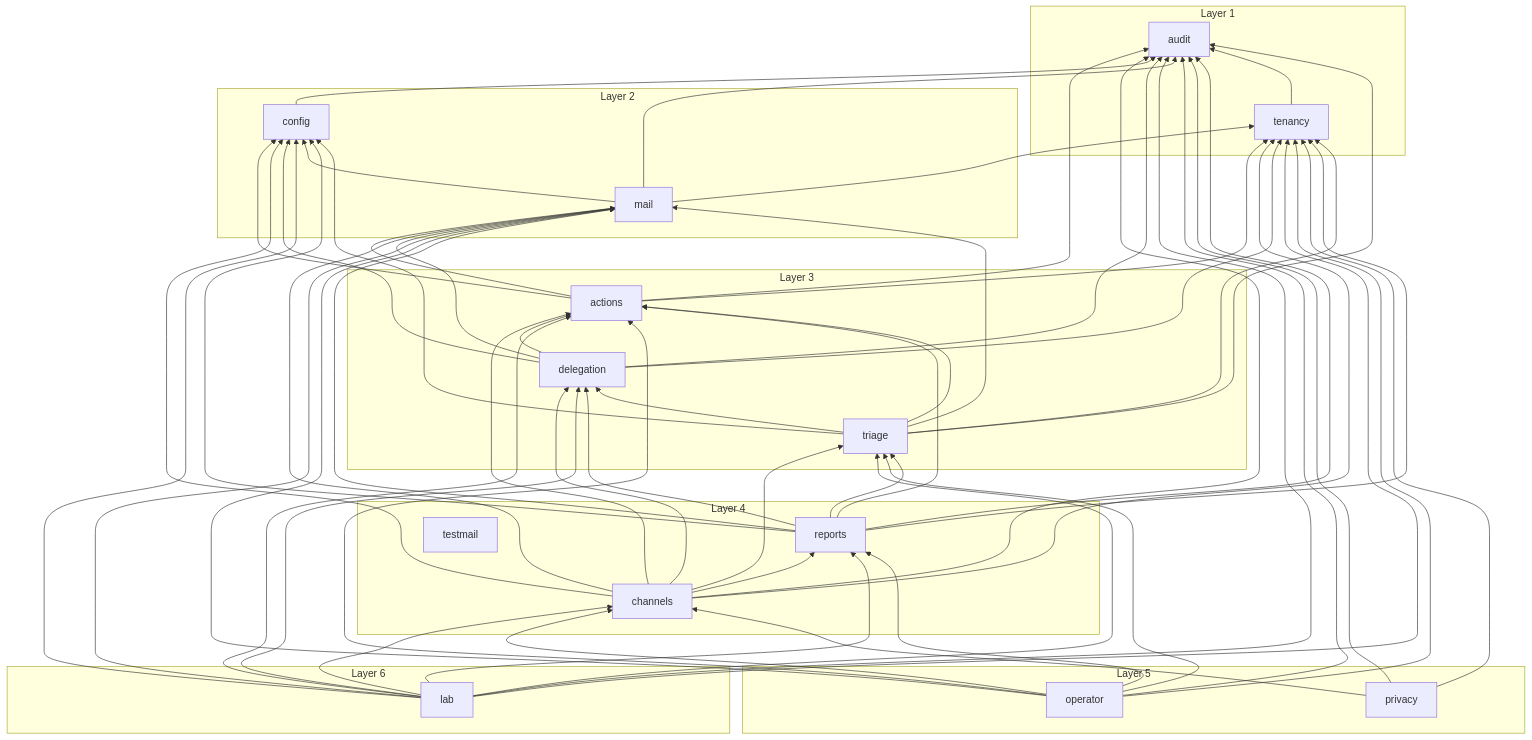
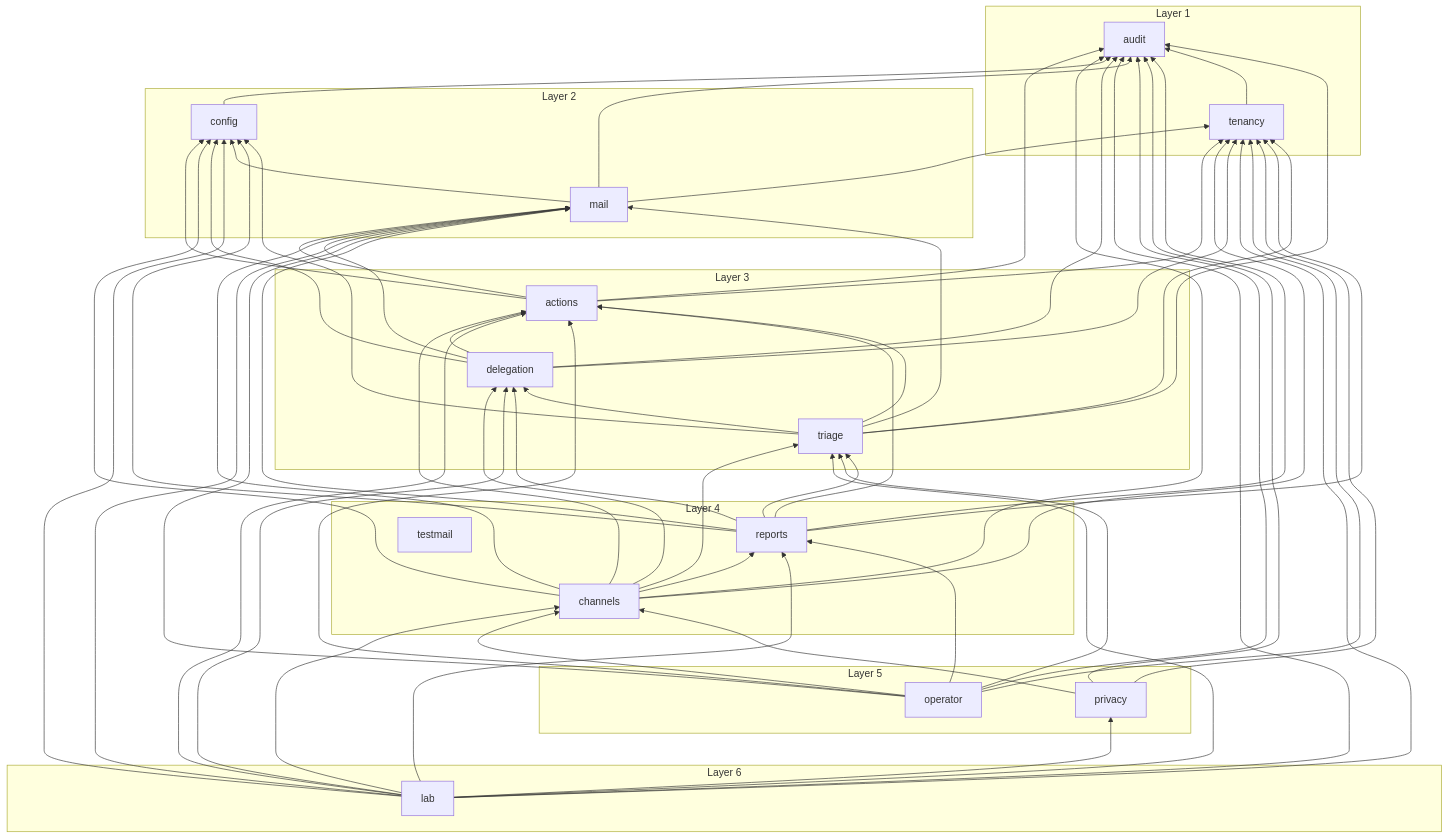
One commit to Artexs/email_assistant changed the diagram in docs/diagrams/module-graph.md. Above: the diagram before and after it, drawn with Mermaid. The commit also changed 16 other files, not shown here.

```diff
--- a/docs/diagrams/module-graph.md
+++ b/docs/diagrams/module-graph.md
@@ -55,6 +55,7 @@
   lab --> config
   lab --> delegation
   lab --> mail
+  lab --> privacy
   lab --> reports
   lab --> tenancy
   lab --> triage
```
